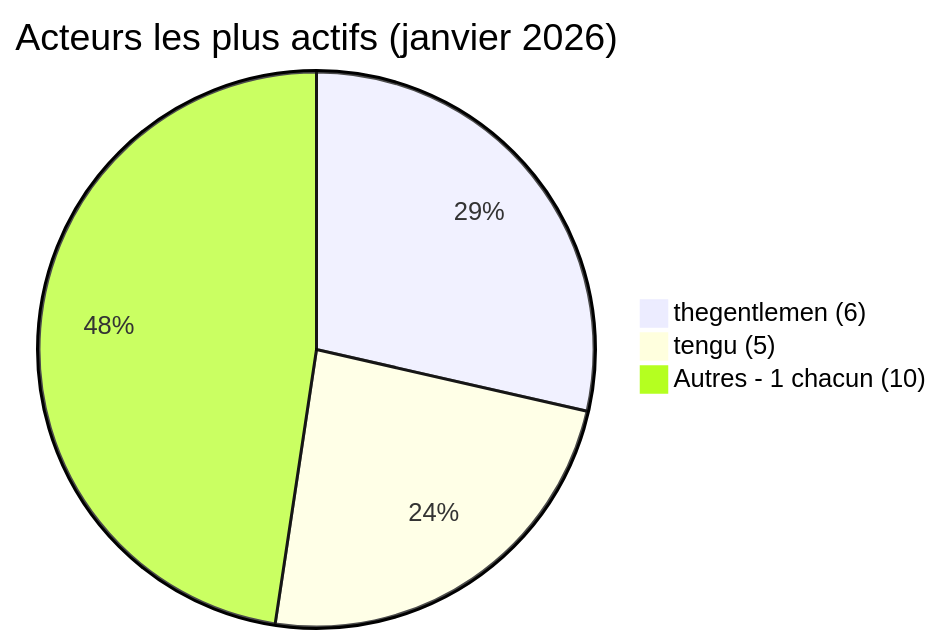
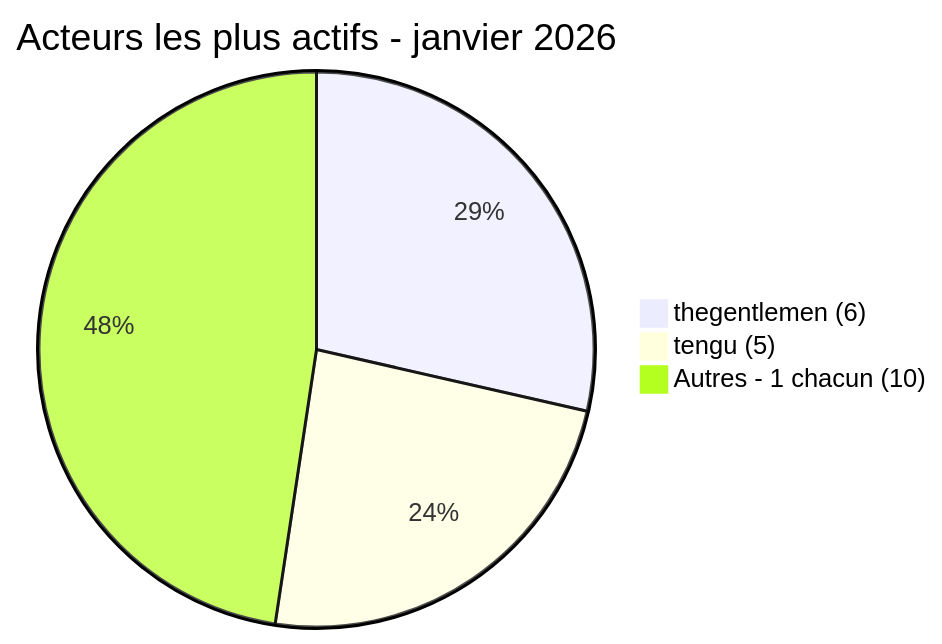
The third of 4 diagrams in CyberAttackAfrica/2026/01-january/README_FR.md (Hatchepsoute/AFRINTEL), drawn with Mermaid before and after one commit. The commit also changed other lines of this file and 31 other files, not shown here.

````diff
--- a/CyberAttackAfrica/2026/01-january/README_FR.md
+++ b/CyberAttackAfrica/2026/01-january/README_FR.md
@@ -121,7 +121,7 @@
 ```mermaid
 pie
- title Acteurs les plus actifs (janvier 2026)
+ title Acteurs les plus actifs - janvier 2026
  "thegentlemen (6)" : 6
  "tengu (5)" : 5
  "Autres - 1 chacun (10)" : 10
 ```
````
